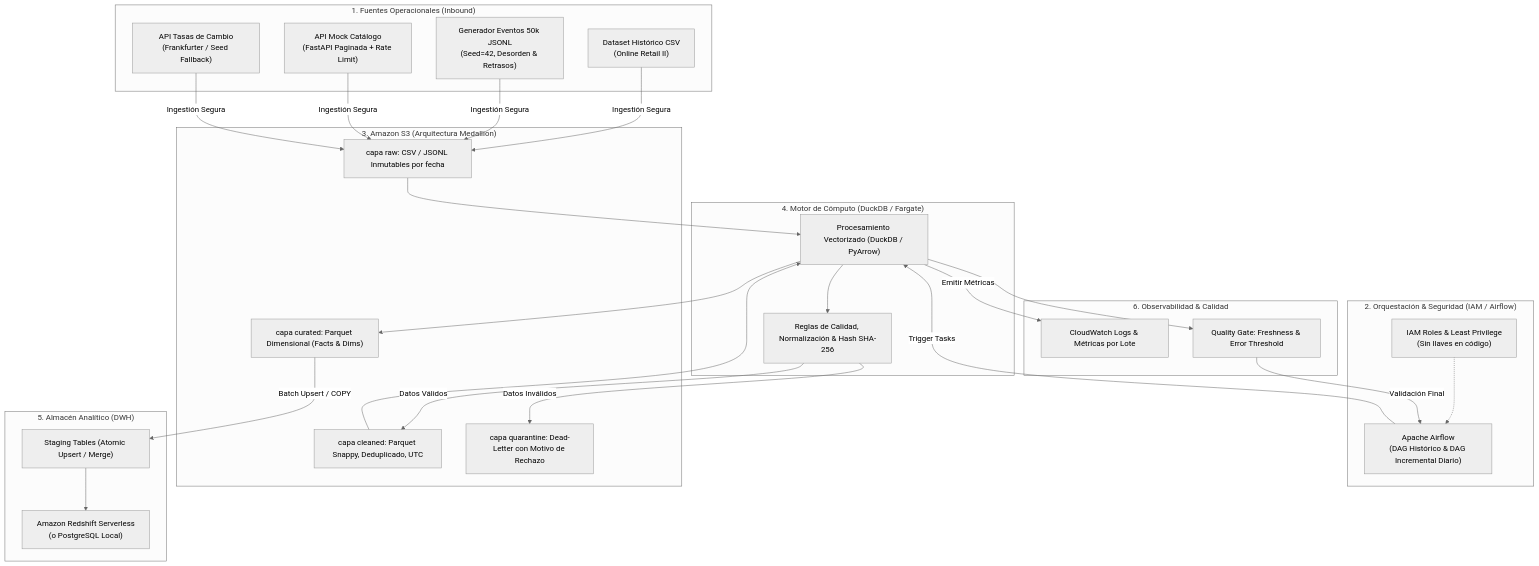
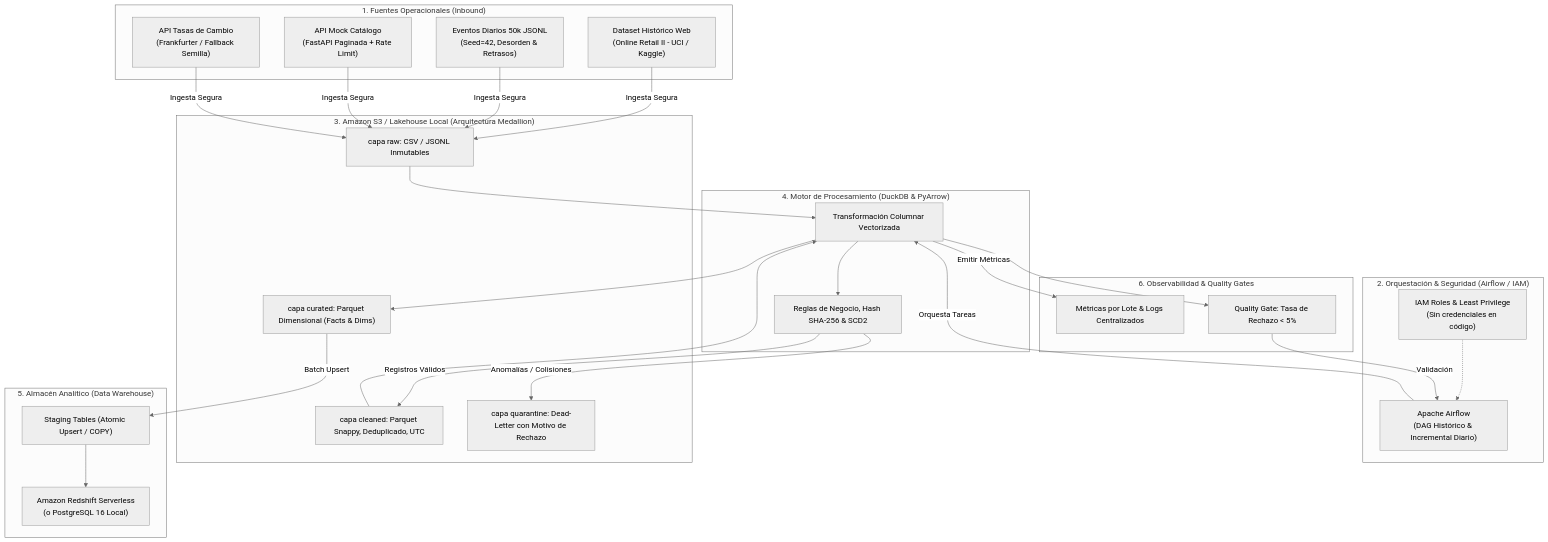
The first of 2 diagrams in README.md (JayzirTech/mercado-nube-analytics-engine-), drawn with Mermaid (neutral theme) before and after one commit. The commit also changed other lines of this file, not shown here.

Commit message:
docs: write comprehensive, publication-ready README with architecture, exact metrics, and clean guide

````diff
--- a/README.md
+++ b/README.md
@@ -23,52 +56,52 @@
 ```mermaid
 flowchart TD
     subgraph SOURCES ["1. Fuentes Operacionales (Inbound)"]
-        S1["Dataset Histórico CSV\n(Online Retail II)"]
-        S2["Generador Eventos 50k JSONL\n(Seed=42, Desorden & Retrasos)"]
+        S1["Dataset Histórico Web\n(Online Retail II - UCI / Kaggle)"]
+        S2["Eventos Diarios 50k JSONL\n(Seed=42, Desorden & Retrasos)"]
         S3["API Mock Catálogo\n(FastAPI Paginada + Rate Limit)"]
-        S4["API Tasas de Cambio\n(Frankfurter / Seed Fallback)"]
+        S4["API Tasas de Cambio\n(Frankfurter / Fallback Semilla)"]
     end
 
-    subgraph ORCHESTRATION ["2. Orquestación & Seguridad (IAM / Airflow)"]
-        AIRFLOW["Apache Airflow\n(DAG Histórico & DAG Incremental Diario)"]
-        IAM["IAM Roles & Least Privilege\n(Sin llaves en código)"]
+    subgraph ORCHESTRATION ["2. Orquestación & Seguridad (Airflow / IAM)"]
+        AIRFLOW["Apache Airflow\n(DAG Histórico & Incremental Diario)"]
+        IAM["IAM Roles & Least Privilege\n(Sin credenciales en código)"]
         IAM -.-> AIRFLOW
     end
 
-    subgraph STORAGE ["3. Amazon S3 (Arquitectura Medallion)"]
-        RAW["capa raw: CSV / JSONL Inmutables por fecha"]
+    subgraph LAKEHOUSE ["3. Amazon S3 / Lakehouse Local (Arquitectura Medallion)"]
+        RAW["capa raw: CSV / JSONL Inmutables"]
         CLEANED["capa cleaned: Parquet Snappy, Deduplicado, UTC"]
         CURATED["capa curated: Parquet Dimensional (Facts & Dims)"]
         QUARANTINE["capa quarantine: Dead-Letter con Motivo de Rechazo"]
     end
 
-    subgraph PROCESSING ["4. Motor de Cómputo (DuckDB / Fargate)"]
-        ENGINE["Procesamiento Vectorizado (DuckDB / PyArrow)"]
-        RULES["Reglas de Calidad, Normalización & Hash SHA-256"]
+    subgraph ENGINE ["4. Motor de Procesamiento (DuckDB & PyArrow)"]
+        PROC["Transformación Columnar Vectorizada"]
+        RULES["Reglas de Negocio, Hash SHA-256 & SCD2"]
     end
 
-    subgraph WAREHOUSE ["5. Almacén Analítico (DWH)"]
-        STG["Staging Tables (Atomic Upsert / Merge)"]
-        REDSHIFT["Amazon Redshift Serverless\n(o PostgreSQL Local)"]
+    subgraph DWH ["5. Almacén Analítico (Data Warehouse)"]
+        STG["Staging Tables (Atomic Upsert / COPY)"]
+        REDSHIFT["Amazon Redshift Serverless\n(o PostgreSQL 16 Local)"]
         STG --> REDSHIFT
     end
 
-    subgraph OBSERVABILITY ["6. Observabilidad & Calidad"]
-        CW["CloudWatch Logs & Métricas por Lote"]
-        QGATE["Quality Gate: Freshness & Error Threshold"]
+    subgraph OBSERVABILITY ["6. Observabilidad & Quality Gates"]
+        CW["Métricas por Lote & Logs Centralizados"]
+        QGATE["Quality Gate: Tasa de Rechazo < 5%"]
     end
 
-    %% Flujos de datos
-    S1 & S2 & S3 & S4 -->|Ingestión Segura| RAW
-    AIRFLOW -->|Trigger Tasks| ENGINE
-    RAW --> ENGINE
-    ENGINE --> RULES
-    RULES -->|Datos Válidos| CLEANED
-    RULES -->|Datos Inválidos| QUARANTINE
-    CLEANED --> ENGINE
-    ENGINE --> CURATED
-    CURATED -->|Batch Upsert / COPY| STG
-    ENGINE -->|Emitir Métricas| CW
-    ENGINE --> QGATE
-    QGATE -->|Validación Final| AIRFLOW
+    %% Relaciones
+    S1 & S2 & S3 & S4 -->|Ingesta Segura| RAW
+    AIRFLOW -->|Orquesta Tareas| PROC
+    RAW --> PROC
+    PROC --> RULES
+    RULES -->|Registros Válidos| CLEANED
+    RULES -->|Anomalías / Colisiones| QUARANTINE
+    CLEANED --> PROC
+    PROC --> CURATED
+    CURATED -->|Batch Upsert| STG
+    PROC -->|Emitir Métricas| CW
+    PROC --> QGATE
+    QGATE -->|Validación| AIRFLOW
 ```
````
